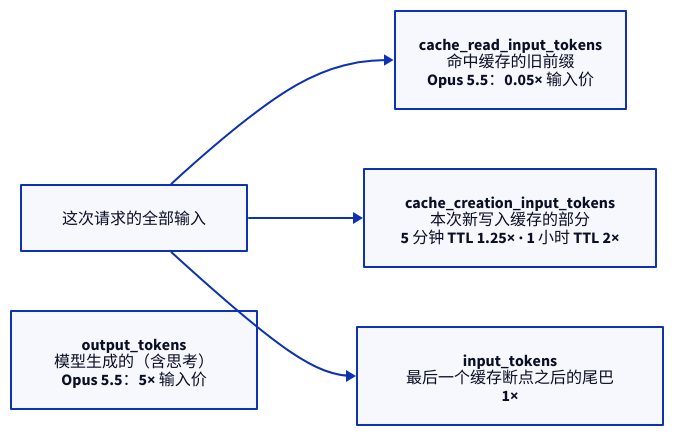
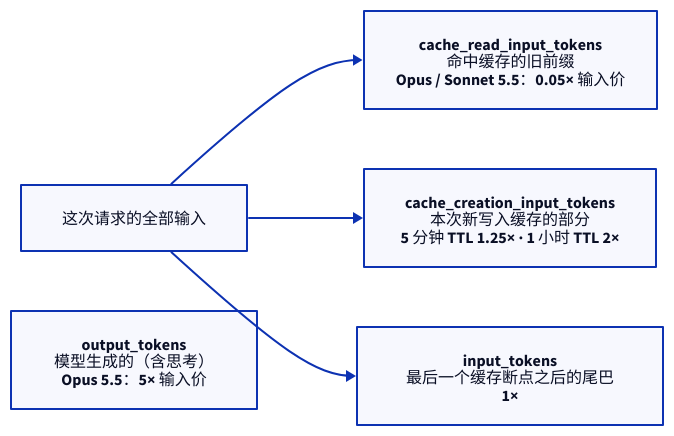
One commit to advence-liz/agent-learning changed the second of 2 diagrams in p0-core/03-messages-and-tokens.md. Above: the diagram before and after it, drawn with D2. The commit also changed other lines of this file and 59 other files, not shown here.

````diff
--- a/p0-core/03-messages-and-tokens.md
+++ b/p0-core/03-messages-and-tokens.md
@@ -57,11 +57,11 @@
 ```d2
 direction: right
 p: 这次请求的全部输入
-r: "cache_read_input_tokens\n命中缓存的旧前缀\nOpus 5.5：0.05× 输入价"
+r: "cache_read_input_tokens\n命中缓存的旧前缀\nOpus / Sonnet 5.5：0.05× 输入价"
 w: "cache_creation_input_tokens\n本次新写入缓存的部分\n5 分钟 TTL 1.25× · 1 小时 TTL 2×"
 n: "input_tokens\n最后一个缓存断点之后的尾巴\n1×"
 o: "output_tokens\n模型生成的（含思考）\nOpus 5.5：5× 输入价"
 p -> r
 p -> w
 p -> n
 ```
````
